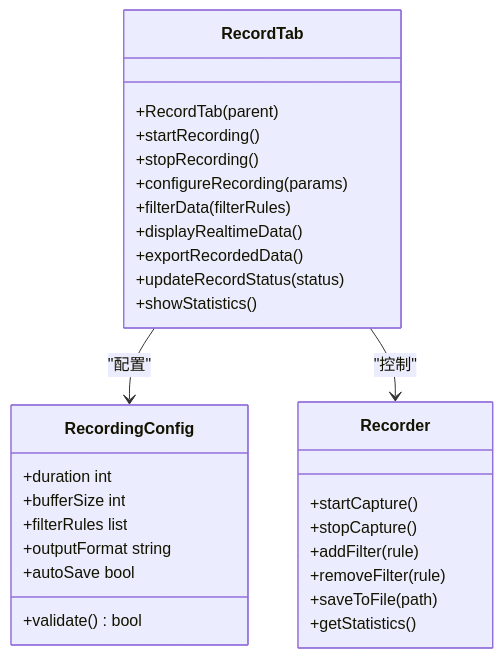
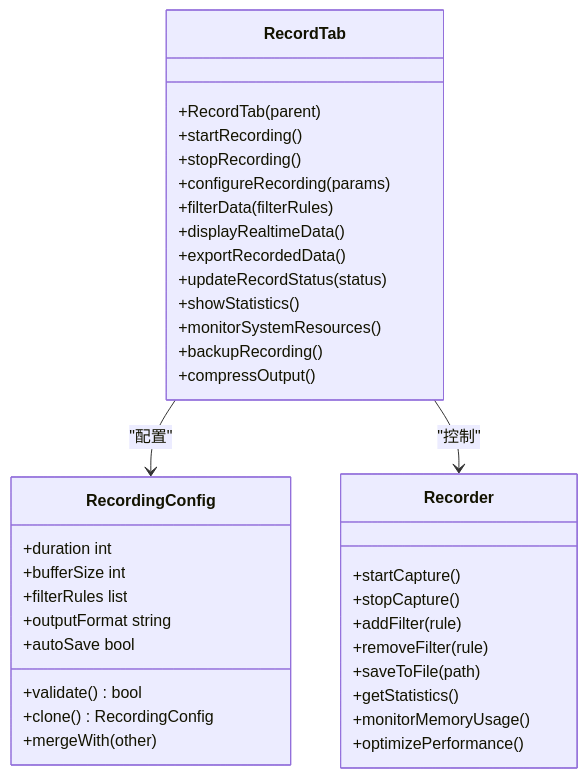
One commit to jakecai1225-design/OpenBus changed diagram 13 of 15 in .qoder/repowiki/zh/content/架构设计/UI系统设计/UI系统设计.md. Above: the diagram before and after it, drawn with Mermaid. The commit also changed other lines of this file and 215 other files, not shown here.

````diff
--- a/.qoder/repowiki/zh/content/架构设计/UI系统设计/UI系统设计.md
+++ b/.qoder/repowiki/zh/content/架构设计/UI系统设计/UI系统设计.md
@@ -970,32 +828,39 @@
 ```mermaid
 classDiagram
 class RecordTab {
 +RecordTab(parent)
 +startRecording()
 +stopRecording()
 +configureRecording(params)
 +filterData(filterRules)
 +displayRealtimeData()
 +exportRecordedData()
 +updateRecordStatus(status)
 +showStatistics()
++monitorSystemResources()
++backupRecording()
++compressOutput()
 }
 class RecordingConfig {
 +duration int
 +bufferSize int
 +filterRules list
 +outputFormat string
 +autoSave bool
 +validate() bool
++clone() RecordingConfig
++mergeWith(other)
 }
 class Recorder {
 +startCapture()
 +stopCapture()
 +addFilter(rule)
 +removeFilter(rule)
 +saveToFile(path)
 +getStatistics()
++monitorMemoryUsage()
++optimizePerformance()
 }
 RecordTab --> RecordingConfig : "配置"
 RecordTab --> Recorder : "控制"
 ```
````
